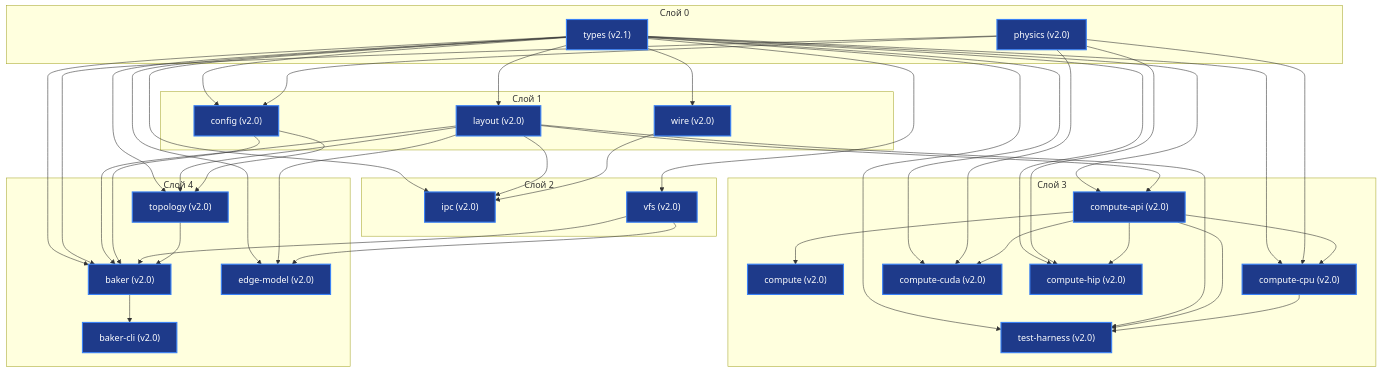
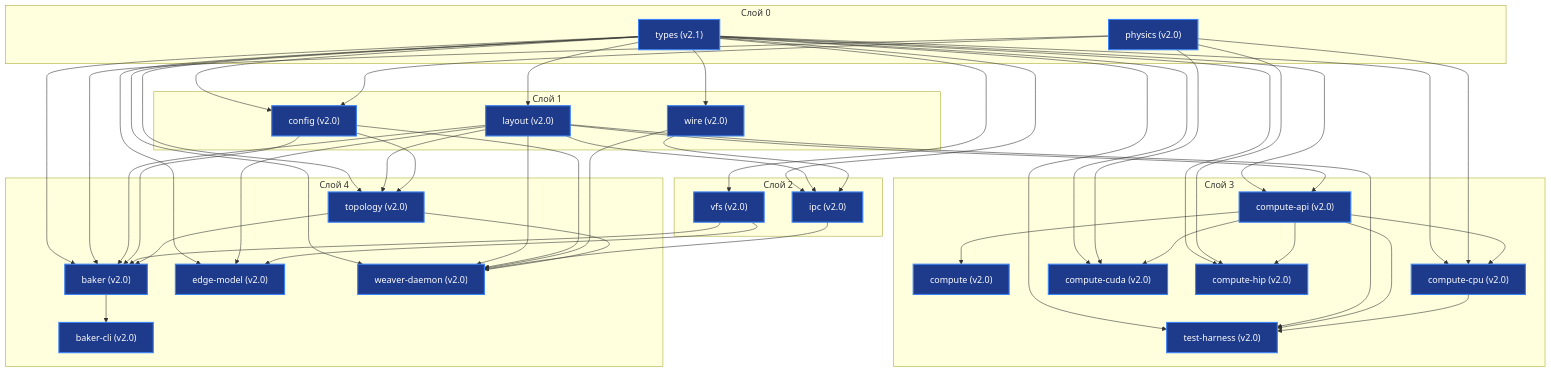
The diagram in docs/engine/INDEX.md (H4V1K-dev/axicor_enterprise), drawn with Mermaid before and after one commit. The commit also changed other lines of this file and 1 other file, not shown here.

Commit message:
docs: add engine index and weaver daemon specification documents

````diff
--- a/docs/engine/INDEX.md
+++ b/docs/engine/INDEX.md
@@ -9,71 +9,78 @@
 ```mermaid
 graph TD
     subgraph L0["Слой 0"]
         types["types (v2.1)"]
         physics["physics (v2.0)"]
     end
     subgraph L1["Слой 1"]
         layout["layout (v2.0)"]
         config["config (v2.0)"]
         wire["wire (v2.0)"]
     end
     subgraph L2["Слой 2"]
         ipc["ipc (v2.0)"]
         vfs["vfs (v2.0)"]
     end
     subgraph L3["Слой 3"]
         compute_api["compute-api (v2.0)"]
         compute["compute (v2.0)"]
         compute_cpu["compute-cpu (v2.0)"]
         compute_cuda["compute-cuda (v2.0)"]
         compute_hip["compute-hip (v2.0)"]
         test_harness["test-harness (v2.0)"]
     end
     subgraph L4["Слой 4"]
         topology["topology (v2.0)"]
         baker["baker (v2.0)"]
         baker_cli["baker-cli (v2.0)"]
         edge_model["edge-model (v2.0)"]
+        weaver_daemon["weaver-daemon (v2.0)"]
     end
 
     types --> layout
     types --> config
     types --> wire
     types --> ipc
     types --> vfs
     types --> compute_api
     types --> compute_cpu
     types --> compute_cuda
     types --> compute_hip
     types --> test_harness
     types --> topology
     types --> baker
     types --> edge_model
+    types --> weaver_daemon
     physics --> config
     physics --> compute_cpu
     physics --> compute_cuda
     physics --> compute_hip
     physics --> baker
     layout --> ipc
     wire --> ipc
     layout --> compute_api
     layout --> test_harness
     layout --> topology
     layout --> baker
     layout --> edge_model
+    layout --> weaver_daemon
     config --> topology
     config --> baker
+    config --> weaver_daemon
+    wire --> weaver_daemon
+    ipc --> weaver_daemon
     vfs --> baker
     vfs --> edge_model
     topology --> baker
+    topology --> weaver_daemon
     baker --> baker_cli
     compute_api --> compute
     compute_api --> compute_cpu
     compute_api --> compute_cuda
     compute_api --> compute_hip
     compute_api --> test_harness
     compute_cpu --> test_harness
 
     classDef active fill:#1e3a8a,stroke:#3b82f6,stroke-width:2px,color:#fff;
-    class types,physics,layout,config,wire,ipc,vfs,compute_api,compute,compute_cpu,compute_cuda,compute_hip,test_harness,topology,baker,baker_cli,edge_model active;
+    class types,physics,layout,config,wire,ipc,vfs,compute_api,compute,compute_cpu,compute_cuda,compute_hip,test_harness,topology,baker,baker_cli,edge_model,weaver_daemon active;
 ```
````
